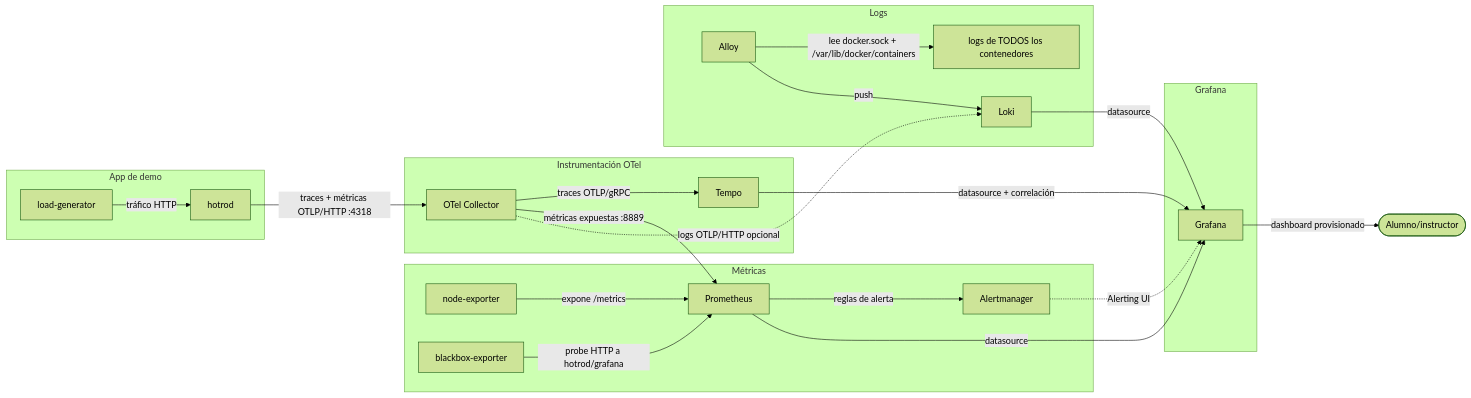
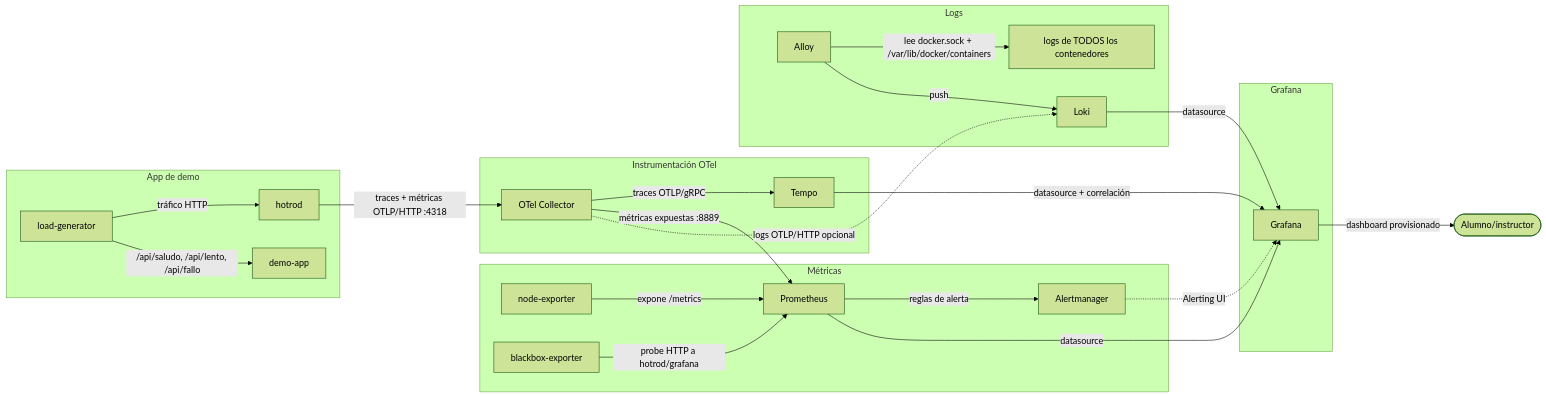
Before and after one commit to pepesan/docker-twitch: the diagram in compose/46_curso_sre_observabilidad/README.md, drawn with Mermaid (forest theme). The commit also changed other lines of this file and 10 other files, not shown here.

First line of the commit message:
Compose 46 y 47: añade la app Spring Boot demo-app con trazas, métricas y logs

````diff
--- a/compose/46_curso_sre_observabilidad/README.md
+++ b/compose/46_curso_sre_observabilidad/README.md
@@ -40,33 +41,34 @@
 ```mermaid
 flowchart LR
     subgraph Demo["App de demo"]
         LG[load-generator] -->|tráfico HTTP| HR[hotrod]
+        LG -->|/api/saludo, /api/lento, /api/fallo| DA[demo-app]
     end
 
     subgraph Metricas["Métricas"]
         NE[node-exporter] -->|expone /metrics| PROM[Prometheus]
         BB[blackbox-exporter] -->|probe HTTP a hotrod/grafana| PROM
         PROM -->|reglas de alerta| AM[Alertmanager]
     end
 
     subgraph OTel["Instrumentación OTel"]
         HR -->|traces + métricas OTLP/HTTP :4318| OTC[OTel Collector]
         OTC -->|traces OTLP/gRPC| TEMPO[Tempo]
         OTC -->|métricas expuestas :8889| PROM
     end
 
     subgraph Logs["Logs"]
         PT[Alloy] -->|lee docker.sock + /var/lib/docker/containers| ALLCTR[logs de TODOS los contenedores]
         PT -->|push| LOKI[Loki]
         OTC -.->|logs OTLP/HTTP opcional| LOKI
     end
 
     subgraph Visualizacion["Grafana"]
         PROM -->|datasource| GRAF[Grafana]
         LOKI -->|datasource| GRAF
         TEMPO -->|datasource + correlación| GRAF
         AM -.->|Alerting UI| GRAF
     end
 
     GRAF -->|dashboard provisionado| USR([Alumno/instructor])
 ```
````
